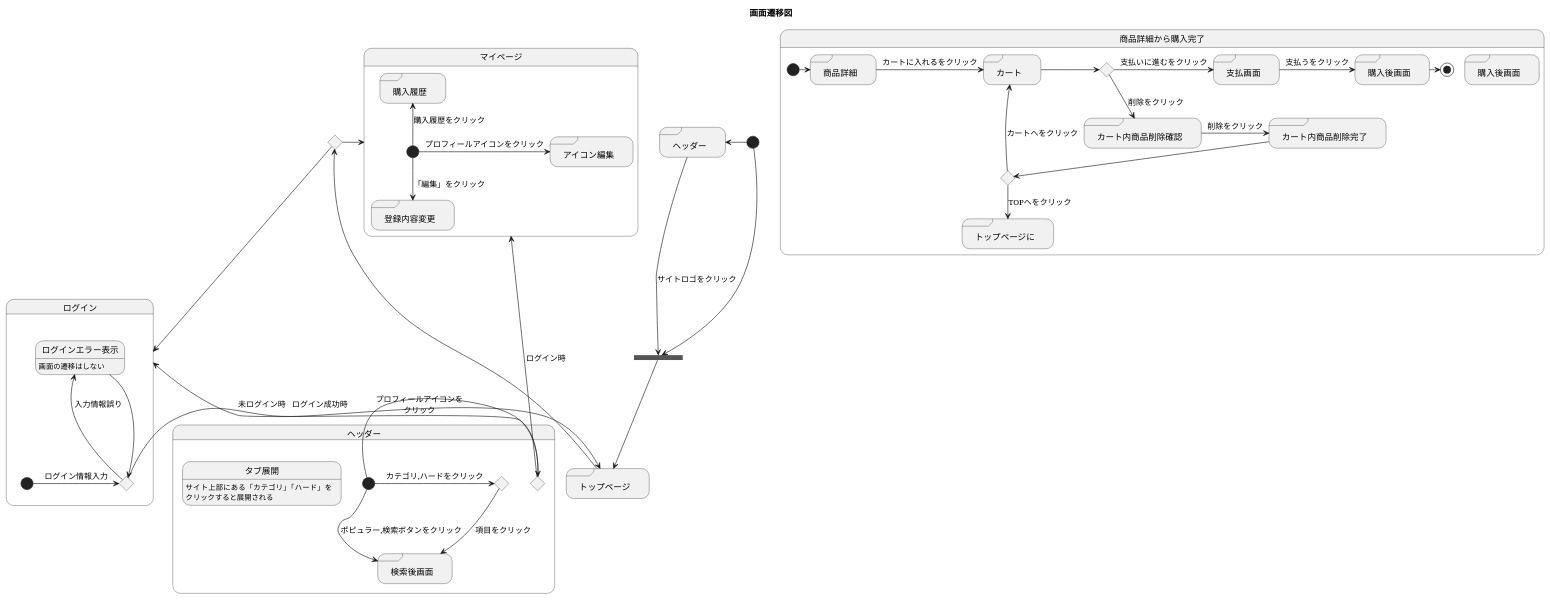
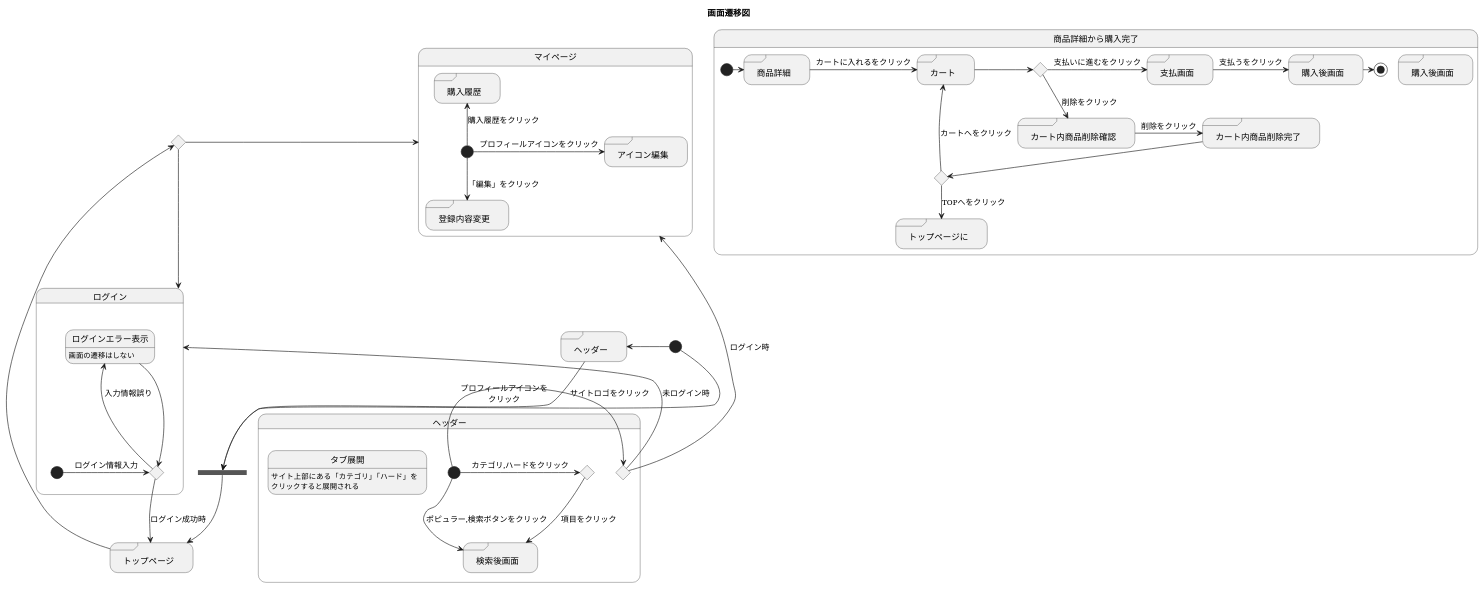
The diagram in UML.md (akutori/T-D-E), drawn with PlantUML before and after one commit.

```diff
--- a/UML.md
+++ b/UML.md
@@ -45,7 +45,7 @@
     [*]-> iflogin : ログイン情報入力
     iflogin -up-> ログインエラー表示 : 入力情報誤り
     ログインエラー表示 --> iflogin
-    iflogin -> main : ログイン成功時
+    iflogin --> main : ログイン成功時
 }
 state 商品詳細から購入完了{
     state if1 <<choice>>
```
